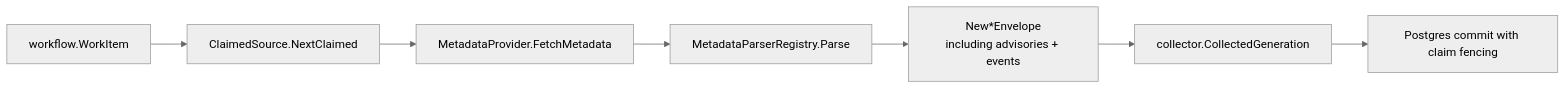
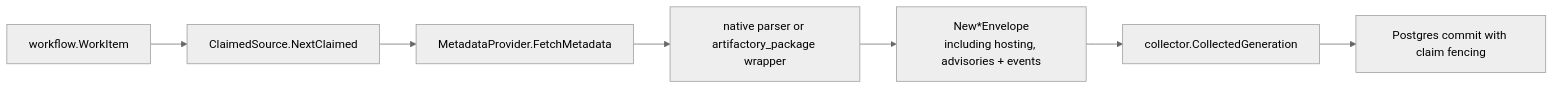
Before and after one commit to eshu-hq/eshu: the diagram in go/internal/collector/packageregistry/packageruntime/README.md, drawn with Mermaid (neutral theme). The commit also changed other lines of this file and 16 other files, not shown here.

Commit message:
Add Artifactory package metadata wrapper

````diff
--- a/go/internal/collector/packageregistry/packageruntime/README.md
+++ b/go/internal/collector/packageregistry/packageruntime/README.md
@@ -13,9 +14,9 @@
 ```mermaid
 flowchart LR
   A["workflow.WorkItem"] --> B["ClaimedSource.NextClaimed"]
   B --> C["MetadataProvider.FetchMetadata"]
-  C --> D["MetadataParserRegistry.Parse"]
-  D --> E["New*Envelope\nincluding advisories + events"]
+  C --> D["native parser or artifactory_package wrapper"]
+  D --> E["New*Envelope\nincluding hosting, advisories + events"]
   E --> F["collector.CollectedGeneration"]
   F --> G["Postgres commit with claim fencing"]
 ```
````
